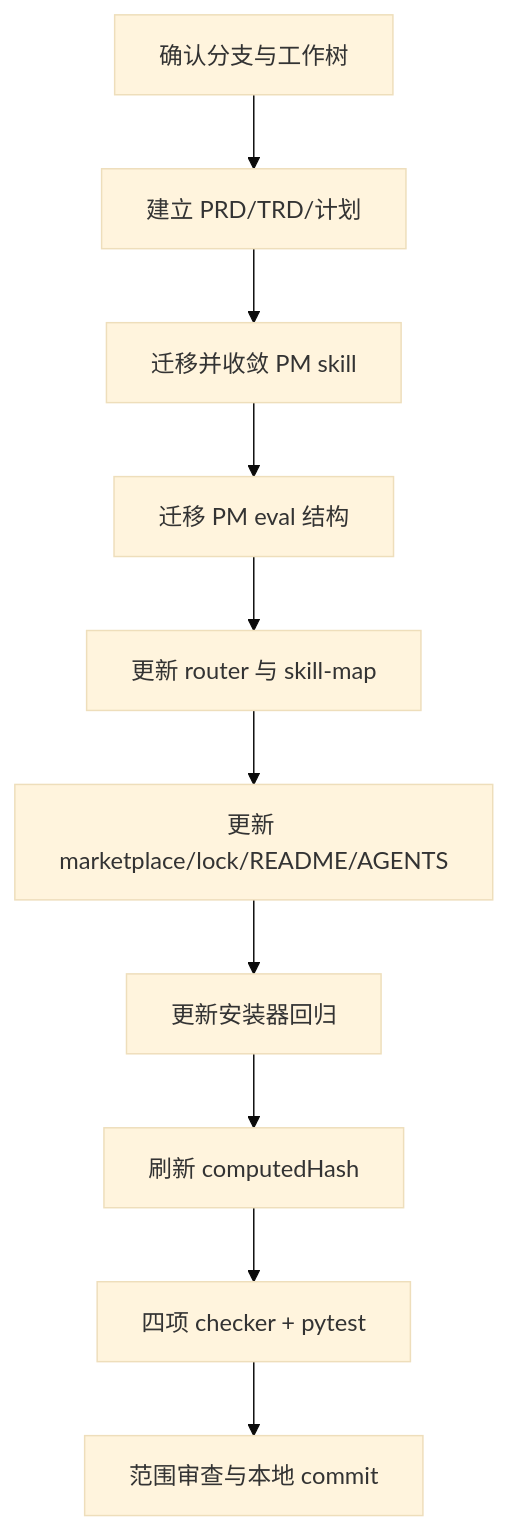
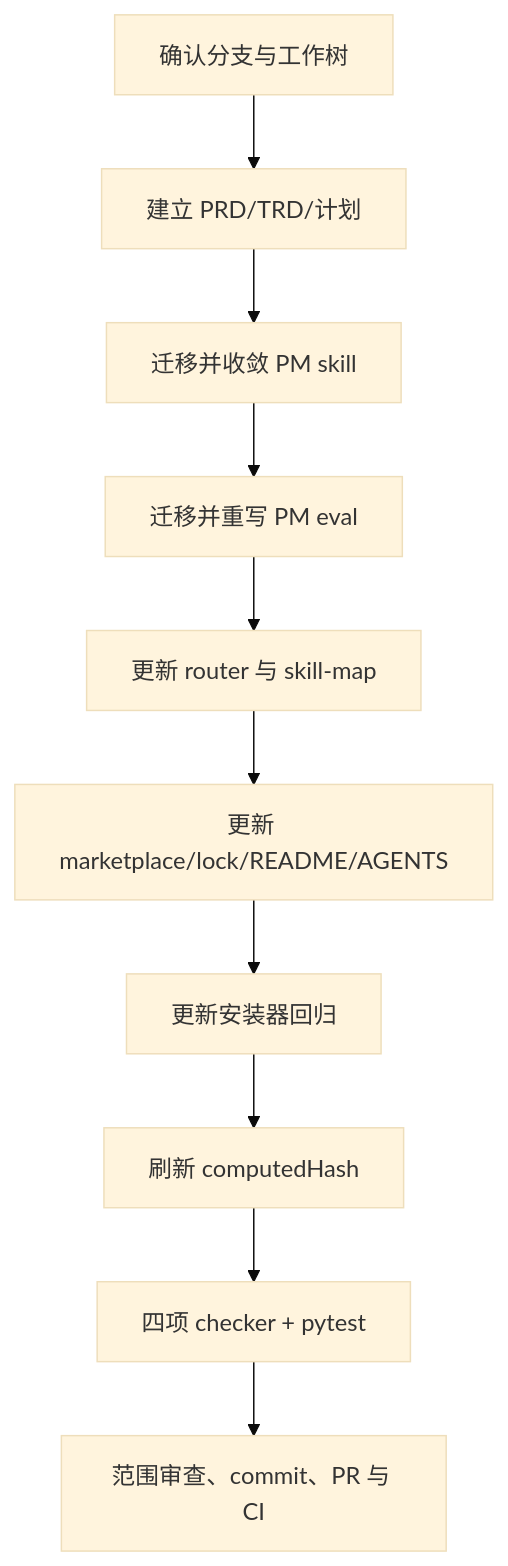
Before and after one commit to Neplich/dev-agent-skills: the diagram in docs/engineer/agents/pm-agent/skills/github-release-generator/IMPLEMENTATION_PLAN.md, drawn with Mermaid (base theme). The commit also changed other lines of this file and 40 other files, not shown here.

````diff
--- a/docs/engineer/agents/pm-agent/skills/github-release-generator/IMPLEMENTATION_PLAN.md
+++ b/docs/engineer/agents/pm-agent/skills/github-release-generator/IMPLEMENTATION_PLAN.md
@@ -100,12 +102,12 @@
 ```mermaid
 flowchart TD
     A["确认分支与工作树"] --> B["建立 PRD/TRD/计划"]
     B --> C["迁移并收敛 PM skill"]
-    C --> D["迁移 PM eval 结构"]
+    C --> D["迁移并重写 PM eval"]
     D --> E["更新 router 与 skill-map"]
     E --> F["更新 marketplace/lock/README/AGENTS"]
     F --> G["更新安装器回归"]
     G --> H["刷新 computedHash"]
     H --> I["四项 checker + pytest"]
-    I --> J["范围审查与本地 commit"]
+    I --> J["范围审查、commit、PR 与 CI"]
 ```
````
